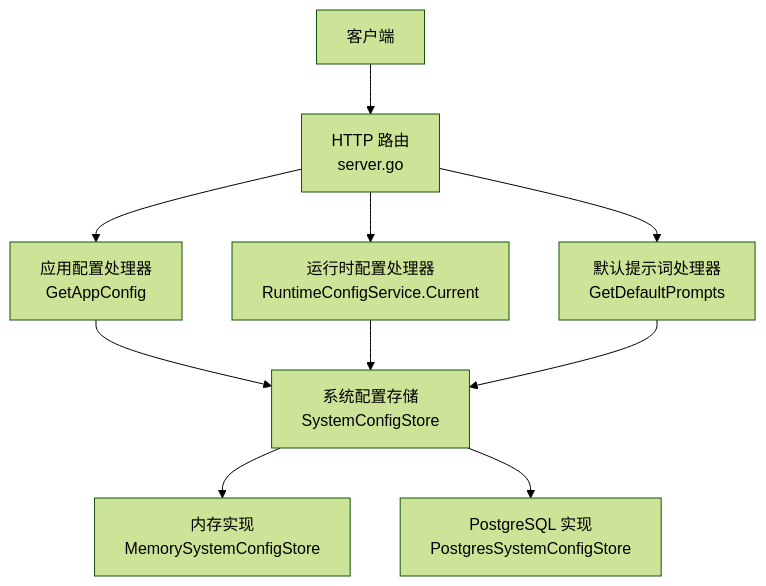
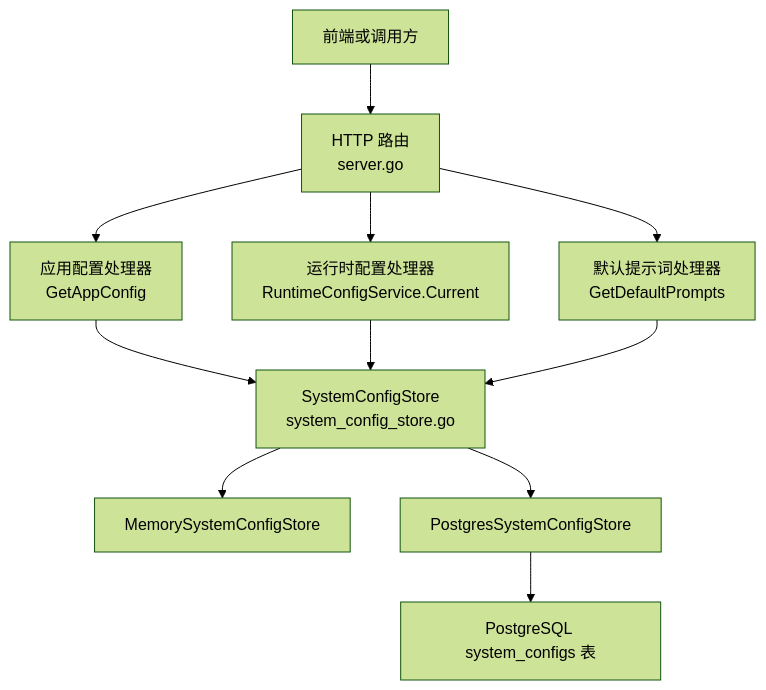
Before and after one commit to alvinwangzi/goodhr: the first of 6 diagrams in .qoder/repowiki/zh/content/API接口文档/云端REST API/系统配置API.md, drawn with Mermaid (forest theme). The commit also changed other lines of this file and 149 other files, not shown here.

````diff
--- a/.qoder/repowiki/zh/content/API接口文档/云端REST API/系统配置API.md
+++ b/.qoder/repowiki/zh/content/API接口文档/云端REST API/系统配置API.md
@@ -41,12 +45,13 @@
 ```mermaid
 graph TB
-Client["客户端"] --> Router["HTTP 路由<br/>server.go"]
-Router --> AppCfg["应用配置处理器<br/>GetAppConfig"]
+Client["前端或调用方"] --> Router["HTTP 路由<br/>server.go"]
+Router --> AppConfig["应用配置处理器<br/>GetAppConfig"]
 Router --> RuntimeCfg["运行时配置处理器<br/>RuntimeConfigService.Current"]
-Router --> Prompts["默认提示词处理器<br/>GetDefaultPrompts"]
-AppCfg --> Store["系统配置存储<br/>SystemConfigStore"]
+Router --> DefaultPrompts["默认提示词处理器<br/>GetDefaultPrompts"]
+AppConfig --> Store["SystemConfigStore<br/>system_config_store.go"]
 RuntimeCfg --> Store
-Prompts --> Store
-Store --> Mem["内存实现<br/>MemorySystemConfigStore"]
-Store --> PG["PostgreSQL 实现<br/>PostgresSystemConfigStore"]
+DefaultPrompts --> Store
+Store --> Memory["MemorySystemConfigStore"]
+Store --> Postgres["PostgresSystemConfigStore"]
+Postgres --> DB["PostgreSQL system_configs 表"]
 ```
````
